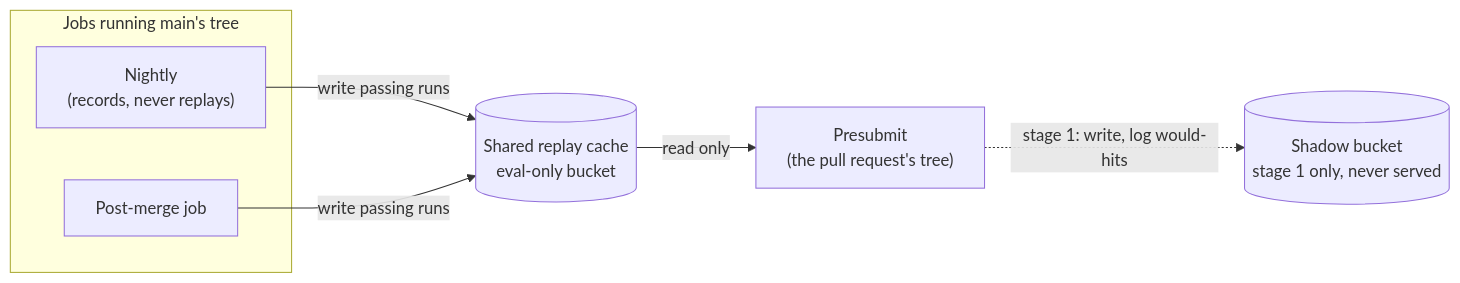
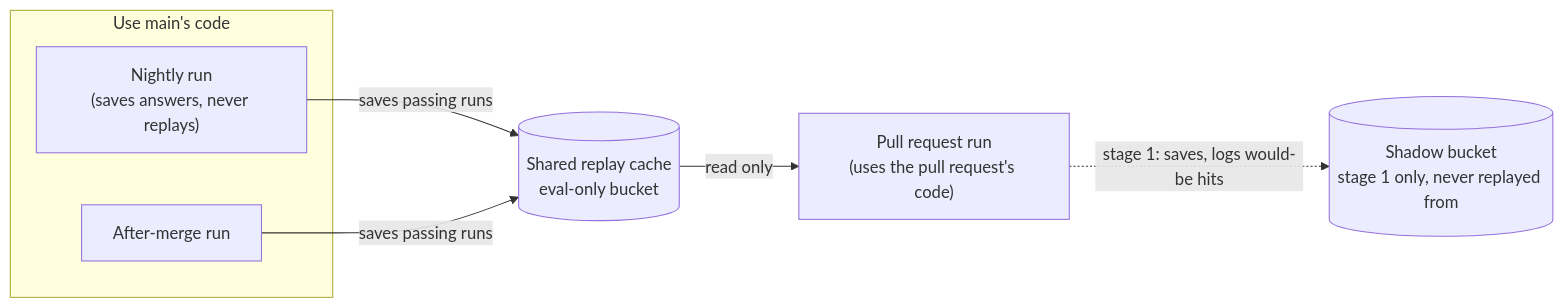
Before and after one commit to gke-labs/kube-agents: the fifth of 5 diagrams in examples/inference-replay/eval-design.md, drawn with Mermaid. The commit also changed other lines of this file, not shown here.

````diff
--- a/examples/inference-replay/eval-design.md
+++ b/examples/inference-replay/eval-design.md
@@ -231,14 +248,14 @@
 ```mermaid
 flowchart LR
-    subgraph trusted["Jobs running main's tree"]
-        nightly["Nightly<br/>(records, never replays)"]
-        post["Post-merge job"]
+    subgraph trusted["Use main's code"]
+        nightly["Nightly run<br/>(saves answers, never replays)"]
+        post["After-merge run"]
     end
-    pre["Presubmit<br/>(the pull request's tree)"]
+    pre["Pull request run<br/>(uses the pull request's code)"]
     cache[("Shared replay cache<br/>eval-only bucket")]
-    shadow[("Shadow bucket<br/>stage 1 only, never served")]
-    nightly -- "write passing runs" --> cache
-    post -- "write passing runs" --> cache
+    shadow[("Shadow bucket<br/>stage 1 only, never replayed from")]
+    nightly -- "saves passing runs" --> cache
+    post -- "saves passing runs" --> cache
     cache -- "read only" --> pre
-    pre -. "stage 1: write, log would-hits" .-> shadow
+    pre -. "stage 1: saves, logs would-be hits" .-> shadow
 ```
````
